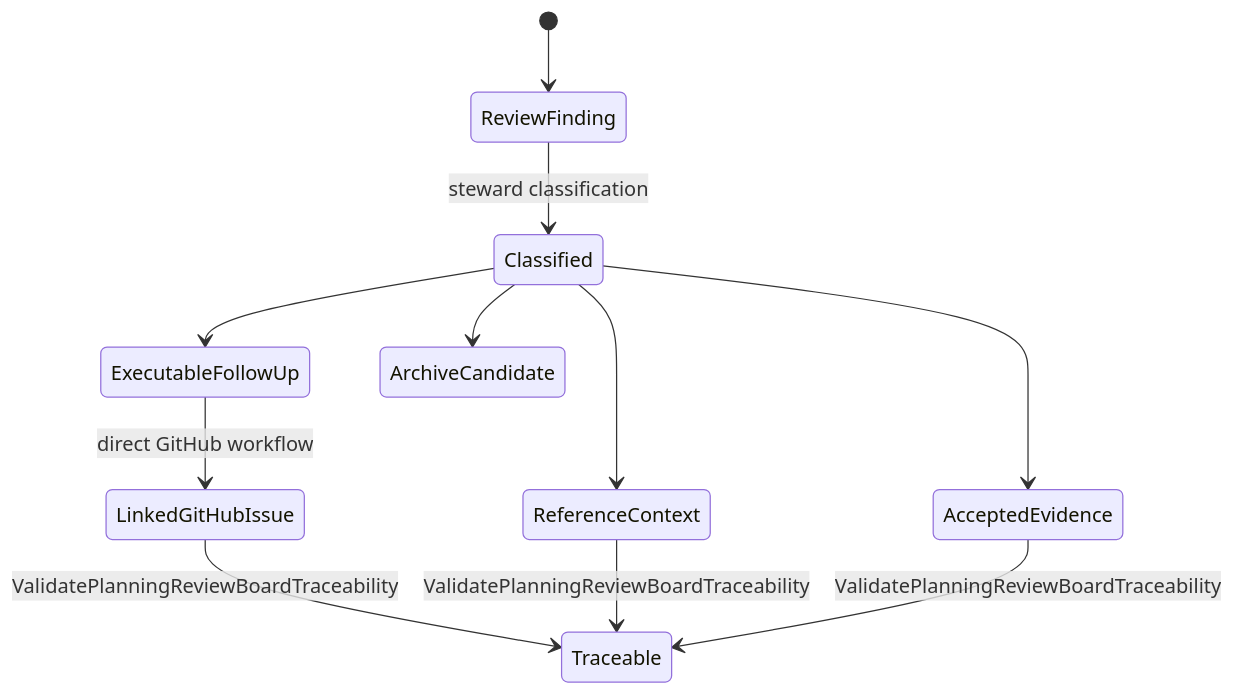
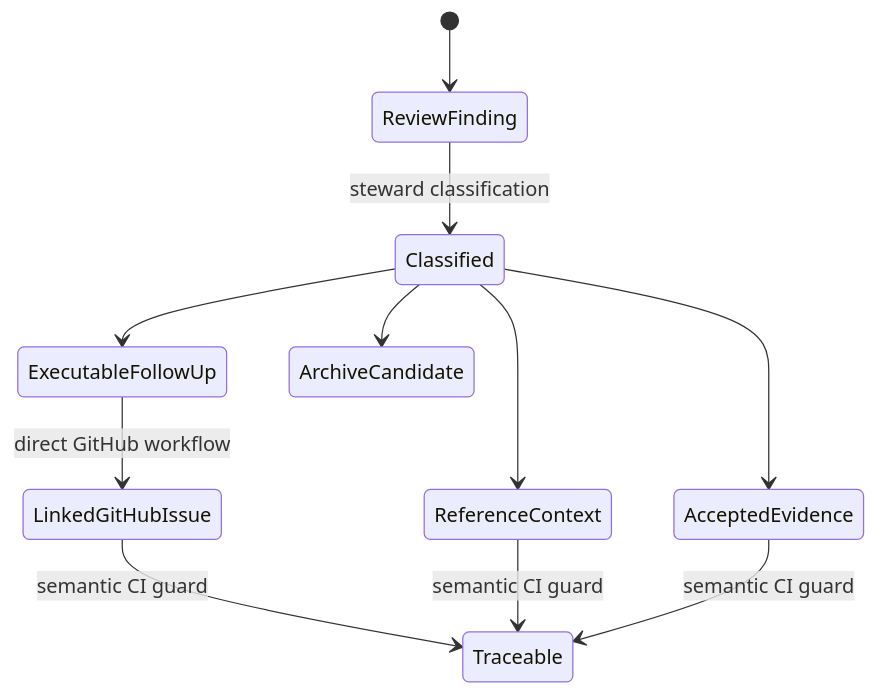
One commit to dunay2/dvt changed the first of 3 diagrams in docs/architecture/components/ci-governance/planning-review-canon-component.md. Above: the diagram before and after it, drawn with Mermaid. The commit also changed other lines of this file and 4 other files, not shown here.

````diff
--- a/docs/architecture/components/ci-governance/planning-review-canon-component.md
+++ b/docs/architecture/components/ci-governance/planning-review-canon-component.md
@@ -32,13 +32,13 @@
 ```mermaid
 stateDiagram-v2
   [*] --> ReviewFinding
   ReviewFinding --> Classified: steward classification
   Classified --> ReferenceContext
   Classified --> AcceptedEvidence
   Classified --> ExecutableFollowUp
   Classified --> ArchiveCandidate
   ExecutableFollowUp --> LinkedGitHubIssue: direct GitHub workflow
-  LinkedGitHubIssue --> Traceable: ValidatePlanningReviewBoardTraceability
-  ReferenceContext --> Traceable: ValidatePlanningReviewBoardTraceability
-  AcceptedEvidence --> Traceable: ValidatePlanningReviewBoardTraceability
+  LinkedGitHubIssue --> Traceable: semantic CI guard
+  ReferenceContext --> Traceable: semantic CI guard
+  AcceptedEvidence --> Traceable: semantic CI guard
 ```
````
